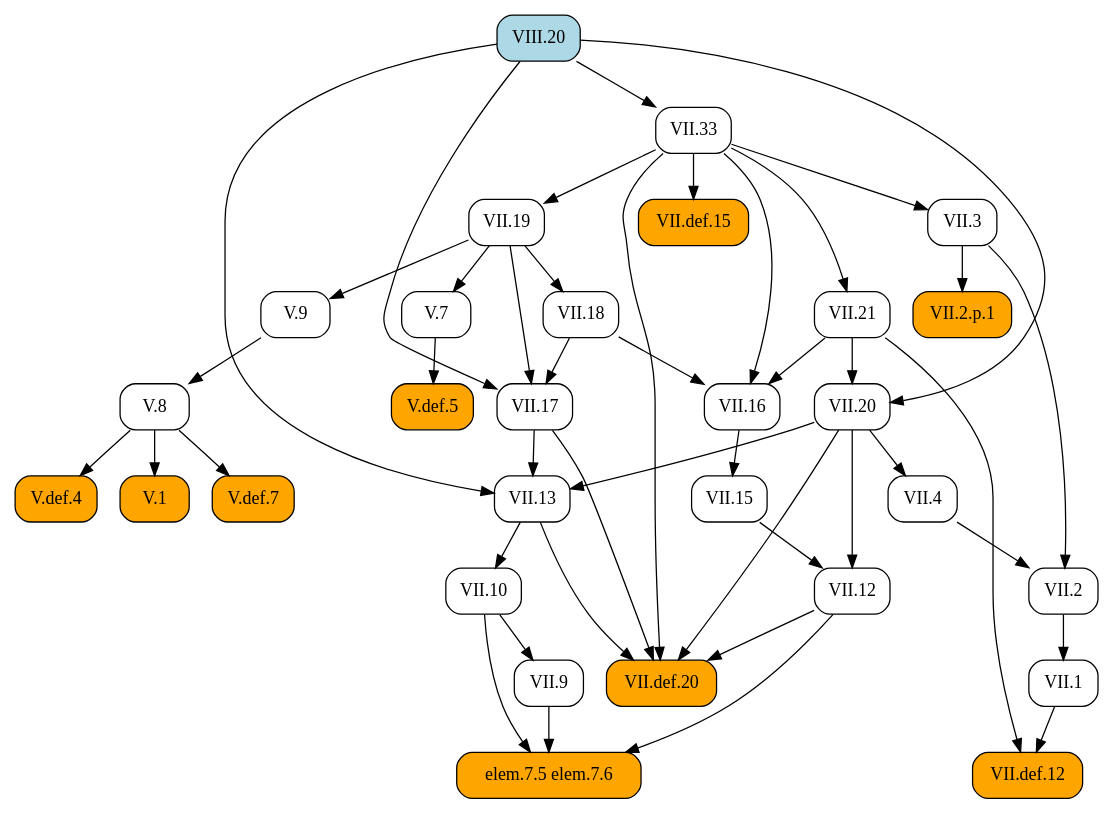
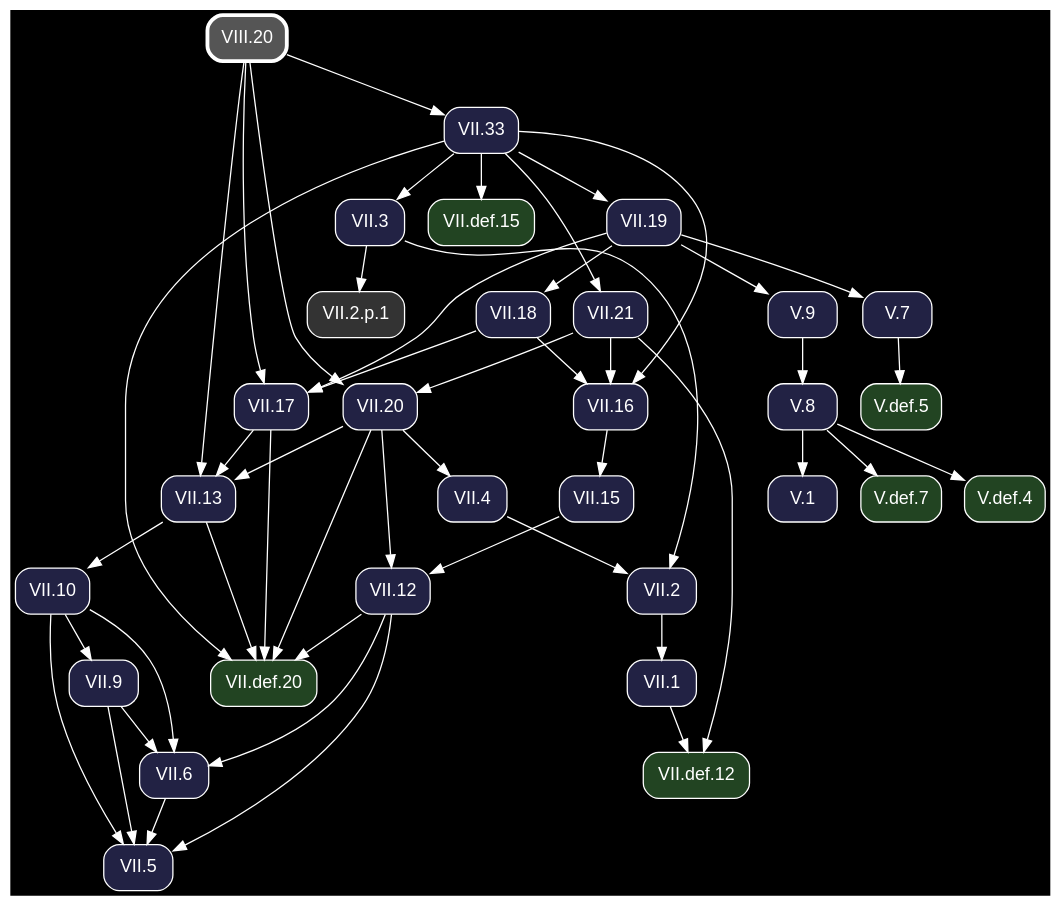
The diagram in docsrc/heath/VIII/20/index.rst (geometor/elements), drawn with Graphviz before and after one commit. The commit also changed other lines of this file and 1200 other files, not shown here.

Commit message:
update dependency graphs

```diff
--- a/docsrc/heath/VIII/20/index.rst
+++ b/docsrc/heath/VIII/20/index.rst
@@ -52,79 +52,86 @@
 .. graphviz::
 
    digraph {
+     bgcolor="black";
+     node [shape=box, style="rounded,filled", fontname="Helvetica", color="white", fontcolor="white"];
+     edge [color="white", fontcolor="white"];
      rankdir="TB";
-     node [shape=box, style=rounded];
-     "VII.33" [URL="/heath/VII/33/", target="_top"];
-     "VII.12" [URL="/heath/VII/12/", target="_top"];
-     "elem.7.5 elem.7.6" [style="rounded,filled", fillcolor=orange];
-     "VIII.20" [style="rounded,filled", fillcolor=lightblue, URL="/heath/VIII/20/", target="_top"];
-     "V.def.7" [style="rounded,filled", fillcolor=orange, URL="/heath/V/def.7/", target="_top"];
-     "VII.9" [URL="/heath/VII/9/", target="_top"];
-     "VII.18" [URL="/heath/VII/18/", target="_top"];
-     "VII.16" [URL="/heath/VII/16/", target="_top"];
-     "V.7" [URL="/heath/V/7/", target="_top"];
-     "VII.21" [URL="/heath/VII/21/", target="_top"];
-     "V.def.5" [style="rounded,filled", fillcolor=orange, URL="/heath/V/def.5/", target="_top"];
-     "V.def.4" [style="rounded,filled", fillcolor=orange, URL="/heath/V/def.4/", target="_top"];
-     "V.9" [URL="/heath/V/9/", target="_top"];
-     "VII.1" [URL="/heath/VII/1/", target="_top"];
-     "VII.10" [URL="/heath/VII/10/", target="_top"];
-     "V.8" [URL="/heath/V/8/", target="_top"];
-     "VII.13" [URL="/heath/VII/13/", target="_top"];
-     "VII.4" [URL="/heath/VII/4/", target="_top"];
-     "VII.2.p.1" [style="rounded,filled", fillcolor=orange];
-     "VII.def.12" [style="rounded,filled", fillcolor=orange, URL="/heath/VII/def.12/", target="_top"];
-     "VII.20" [URL="/heath/VII/20/", target="_top"];
-     "V.1" [style="rounded,filled", fillcolor=orange, URL="/heath/V/1/", target="_top"];
-     "VII.def.15" [style="rounded,filled", fillcolor=orange, URL="/heath/VII/def.15/", target="_top"];
-     "VII.3" [URL="/heath/VII/3/", target="_top"];
-     "VII.17" [URL="/heath/VII/17/", target="_top"];
-     "VII.19" [URL="/heath/VII/19/", target="_top"];
-     "VII.2" [URL="/heath/VII/2/", target="_top"];
-     "VII.def.20" [style="rounded,filled", fillcolor=orange, URL="/heath/VII/def.20/", target="_top"];
-     "VII.15" [URL="/heath/VII/15/", target="_top"];
+     "VII.33" [fillcolor="#222244", URL="/heath/VII/33/", target="_top"];
+     "V.def.5" [fillcolor="#224422", URL="/heath/V/def.5/", target="_top"];
+     "V.def.7" [fillcolor="#224422", URL="/heath/V/def.7/", target="_top"];
+     "VII.20" [fillcolor="#222244", URL="/heath/VII/20/", target="_top"];
+     "VII.18" [fillcolor="#222244", URL="/heath/VII/18/", target="_top"];
+     "VII.2" [fillcolor="#222244", URL="/heath/VII/2/", target="_top"];
+     "V.def.4" [fillcolor="#224422", URL="/heath/V/def.4/", target="_top"];
+     "VII.5" [fillcolor="#222244", URL="/heath/VII/5/", target="_top"];
+     "VII.def.20" [fillcolor="#224422", URL="/heath/VII/def.20/", target="_top"];
+     "VII.def.15" [fillcolor="#224422", URL="/heath/VII/def.15/", target="_top"];
+     "VII.2.p.1" [fillcolor="#333333"];
+     "VII.1" [fillcolor="#222244", URL="/heath/VII/1/", target="_top"];
+     "VII.6" [fillcolor="#222244", URL="/heath/VII/6/", target="_top"];
+     "VII.16" [fillcolor="#222244", URL="/heath/VII/16/", target="_top"];
+     "VII.15" [fillcolor="#222244", URL="/heath/VII/15/", target="_top"];
+     "VII.13" [fillcolor="#222244", URL="/heath/VII/13/", target="_top"];
+     "V.1" [fillcolor="#222244", URL="/heath/V/1/", target="_top"];
+     "VII.10" [fillcolor="#222244", URL="/heath/VII/10/", target="_top"];
+     "VII.4" [fillcolor="#222244", URL="/heath/VII/4/", target="_top"];
+     "VII.def.12" [fillcolor="#224422", URL="/heath/VII/def.12/", target="_top"];
+     "VII.19" [fillcolor="#222244", URL="/heath/VII/19/", target="_top"];
+     "VIII.20" [penwidth=3, color="white", fillcolor="#555555", URL="/heath/VIII/20/", target="_top"];
+     "V.8" [fillcolor="#222244", URL="/heath/V/8/", target="_top"];
+     "VII.21" [fillcolor="#222244", URL="/heath/VII/21/", target="_top"];
+     "VII.9" [fillcolor="#222244", URL="/heath/VII/9/", target="_top"];
+     "VII.3" [fillcolor="#222244", URL="/heath/VII/3/", target="_top"];
+     "V.7" [fillcolor="#222244", URL="/heath/V/7/", target="_top"];
+     "VII.12" [fillcolor="#222244", URL="/heath/VII/12/", target="_top"];
+     "V.9" [fillcolor="#222244", URL="/heath/V/9/", target="_top"];
+     "VII.17" [fillcolor="#222244", URL="/heath/VII/17/", target="_top"];
      "VIII.20" -> "VII.33";
-     "VII.15" -> "VII.12";
-     "VII.20" -> "VII.12";
-     "VII.9" -> "elem.7.5 elem.7.6";
-     "VII.10" -> "elem.7.5 elem.7.6";
-     "VII.12" -> "elem.7.5 elem.7.6";
+     "V.7" -> "V.def.5";
      "V.8" -> "V.def.7";
-     "VII.10" -> "VII.9";
-     "VII.19" -> "VII.18";
-     "VII.18" -> "VII.16";
-     "VII.21" -> "VII.16";
-     "VII.33" -> "VII.16";
-     "VII.19" -> "V.7";
-     "VII.33" -> "VII.21";
-     "V.7" -> "V.def.5";
-     "V.8" -> "V.def.4";
-     "VII.19" -> "V.9";
-     "VII.2" -> "VII.1";
-     "VII.13" -> "VII.10";
-     "V.9" -> "V.8";
-     "VII.17" -> "VII.13";
-     "VII.20" -> "VII.13";
-     "VIII.20" -> "VII.13";
-     "VII.20" -> "VII.4";
-     "VII.3" -> "VII.2.p.1";
-     "VII.1" -> "VII.def.12";
-     "VII.21" -> "VII.def.12";
      "VII.21" -> "VII.20";
      "VIII.20" -> "VII.20";
-     "V.8" -> "V.1";
-     "VII.33" -> "VII.def.15";
-     "VII.33" -> "VII.3";
-     "VII.18" -> "VII.17";
-     "VII.19" -> "VII.17";
-     "VIII.20" -> "VII.17";
-     "VII.33" -> "VII.19";
+     "VII.19" -> "VII.18";
      "VII.3" -> "VII.2";
      "VII.4" -> "VII.2";
+     "V.8" -> "V.def.4";
+     "VII.6" -> "VII.5";
+     "VII.9" -> "VII.5";
+     "VII.10" -> "VII.5";
+     "VII.12" -> "VII.5";
      "VII.12" -> "VII.def.20";
      "VII.13" -> "VII.def.20";
      "VII.17" -> "VII.def.20";
      "VII.20" -> "VII.def.20";
      "VII.33" -> "VII.def.20";
+     "VII.33" -> "VII.def.15";
+     "VII.3" -> "VII.2.p.1";
+     "VII.2" -> "VII.1";
+     "VII.9" -> "VII.6";
+     "VII.10" -> "VII.6";
+     "VII.12" -> "VII.6";
+     "VII.18" -> "VII.16";
+     "VII.21" -> "VII.16";
+     "VII.33" -> "VII.16";
      "VII.16" -> "VII.15";
+     "VII.17" -> "VII.13";
+     "VII.20" -> "VII.13";
+     "VIII.20" -> "VII.13";
+     "V.8" -> "V.1";
+     "VII.13" -> "VII.10";
+     "VII.20" -> "VII.4";
+     "VII.1" -> "VII.def.12";
+     "VII.21" -> "VII.def.12";
+     "VII.33" -> "VII.19";
+     "V.9" -> "V.8";
+     "VII.33" -> "VII.21";
+     "VII.10" -> "VII.9";
+     "VII.33" -> "VII.3";
+     "VII.19" -> "V.7";
+     "VII.15" -> "VII.12";
+     "VII.20" -> "VII.12";
+     "VII.19" -> "V.9";
+     "VII.18" -> "VII.17";
+     "VII.19" -> "VII.17";
+     "VIII.20" -> "VII.17";
    }
```
